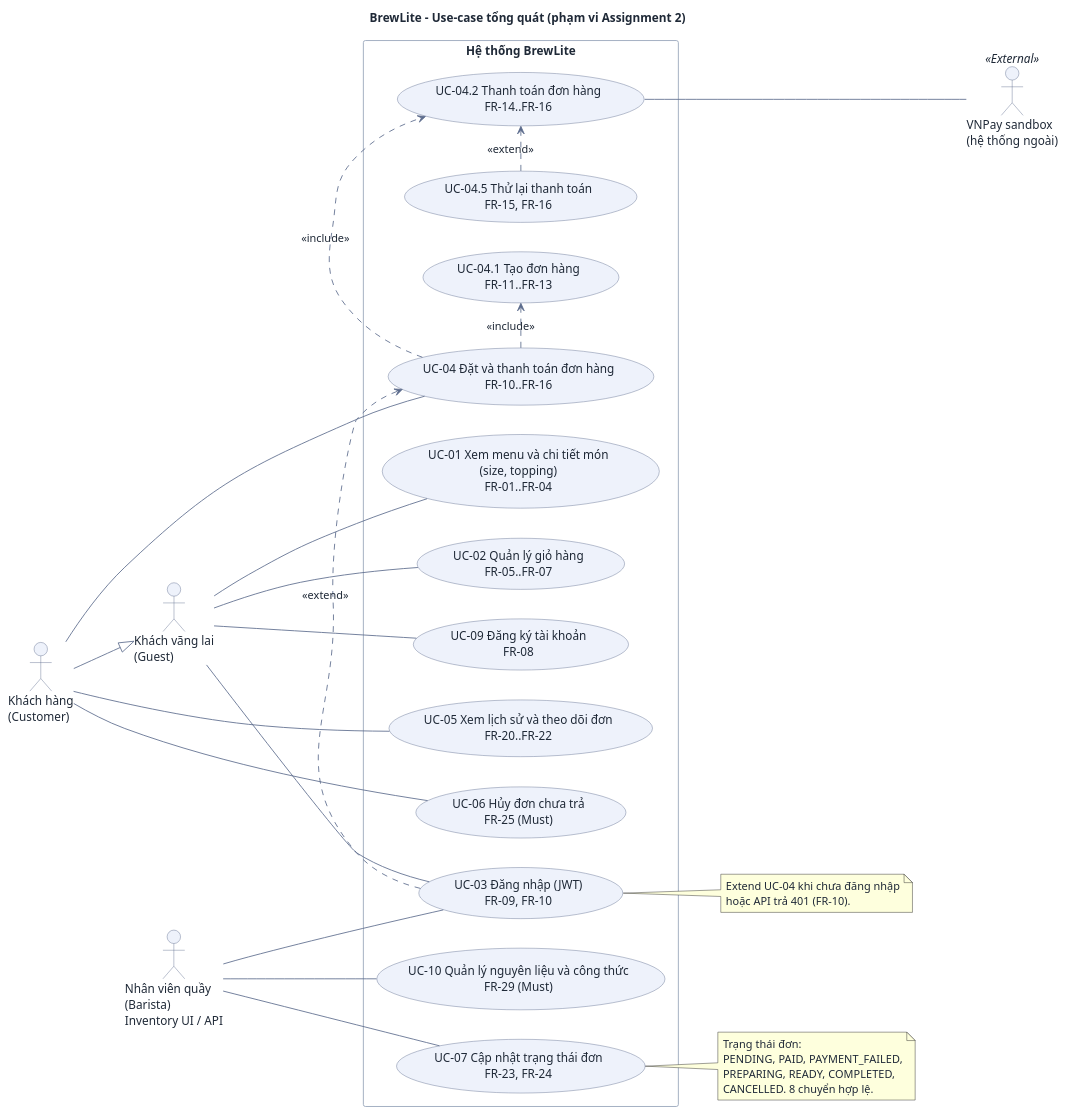
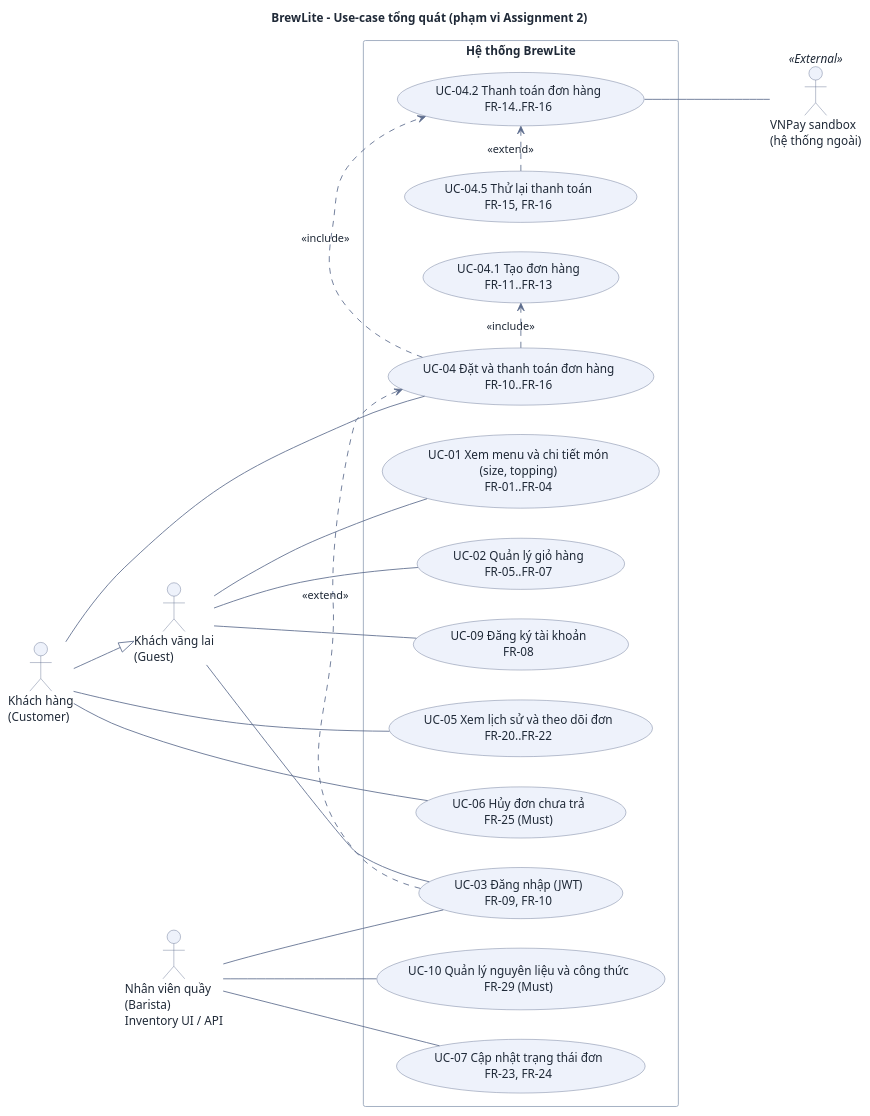
Before and after one commit to DuVinhLoi/BrewLite: the diagram in docs/requirements/use-case-overview.puml, drawn with PlantUML. The commit also changed 9 other files, not shown here.

```diff
--- a/docs/requirements/use-case-overview.puml
+++ b/docs/requirements/use-case-overview.puml
@@ -1,74 +1,62 @@
 @startuml use-case-overview
 ' BrewLite A2 - Use-case diagram tong quat (de A2 3.2 muc 5). Nguon: docs/requirements/srs.md muc 2.
 skinparam DefaultFontColor #1f2937
 skinparam ArrowColor #5b6b8c
 skinparam ArrowFontColor #1f2937
 skinparam PackageBackgroundColor #f8fafc
 skinparam PackageBorderColor #94a3b8
 skinparam RectangleBackgroundColor #ffffff
 skinparam RectangleBorderColor #94a3b8
 skinparam ActorBackgroundColor #eef2fb
 skinparam ActorBorderColor #5b6b8c
 skinparam UsecaseBackgroundColor #eef2fb
 skinparam UsecaseBorderColor #5b6b8c
 skinparam Shadowing false
 
 left to right direction
 
 title BrewLite - Use-case tổng quát (phạm vi Assignment 2)
 
 actor "Khách vãng lai\n(Guest)" as Guest
 actor "Khách hàng\n(Customer)" as Customer
 actor "Nhân viên quầy\n(Barista)\nInventory UI / API" as Barista
 actor "VNPay sandbox\n(hệ thống ngoài)" as Pay <<External>>
 
 Customer --|> Guest
 
 rectangle "Hệ thống BrewLite" {
   usecase "UC-01 Xem menu và chi tiết món\n(size, topping)\nFR-01..FR-04" as UC01
   usecase "UC-02 Quản lý giỏ hàng\nFR-05..FR-07" as UC02
   usecase "UC-03 Đăng nhập (JWT)\nFR-09, FR-10" as UC03
   usecase "UC-09 Đăng ký tài khoản\nFR-08" as UC09
   usecase "UC-04 Đặt và thanh toán đơn hàng\nFR-10..FR-16" as UC04
   usecase "UC-04.1 Tạo đơn hàng\nFR-11..FR-13" as UC041
   usecase "UC-04.2 Thanh toán đơn hàng\nFR-14..FR-16" as UC042
   usecase "UC-04.5 Thử lại thanh toán\nFR-15, FR-16" as UC045
   usecase "UC-05 Xem lịch sử và theo dõi đơn\nFR-20..FR-22" as UC05
   usecase "UC-06 Hủy đơn chưa trả\nFR-25 (Must)" as UC06
   usecase "UC-10 Quản lý nguyên liệu và công thức\nFR-29 (Must)" as UC10
   usecase "UC-07 Cập nhật trạng thái đơn\nFR-23, FR-24" as UC07
 }
 
 Guest --- UC01
 Guest --- UC02
 Guest --- UC03
 Guest --- UC09
 
 Customer --- UC04
 Customer --- UC05
 Customer --- UC06
 
 Barista --- UC03
 Barista --- UC07
 Barista --- UC10
 
 UC04 .> UC041 : <<include>>
 UC04 .> UC042 : <<include>>
 UC045 .> UC042 : <<extend>>
 UC03 .> UC04 : <<extend>>
 
 UC042 --- Pay
 
-note right of UC03
-  Extend UC-04 khi chưa đăng nhập
-  hoặc API trả 401 (FR-10).
-end note
-
-note right of UC07
-  Trạng thái đơn:
-  PENDING, PAID, PAYMENT_FAILED,
-  PREPARING, READY, COMPLETED,
-  CANCELLED. 8 chuyển hợp lệ.
-end note
-
 @enduml
```
